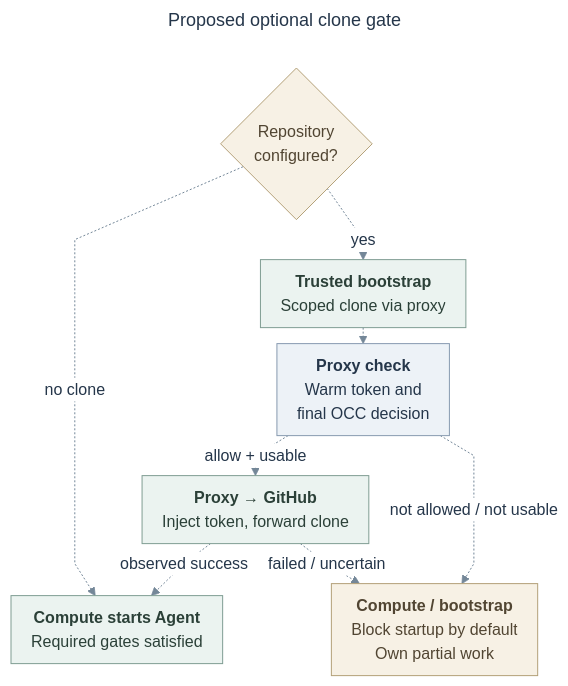
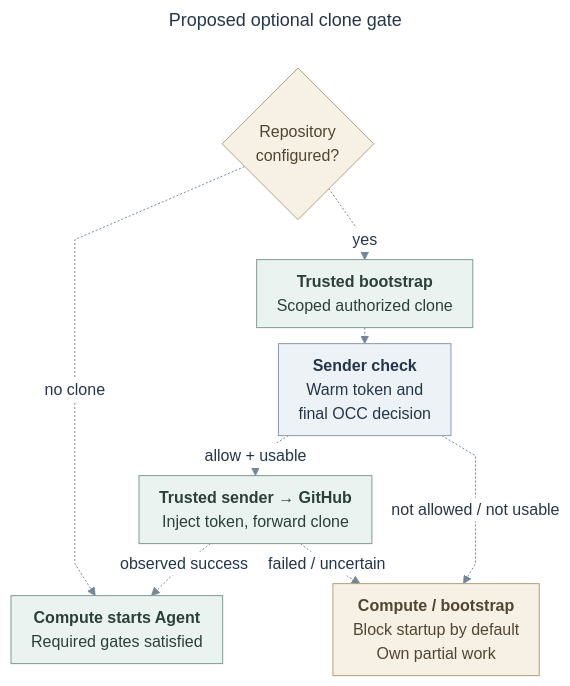
The diagram in specs/rfcs/0019-egress-proxy-credential-lifecycle/assets/clone-startup.mmd (freeqaz-openai/openclaw-enterprise), drawn with Mermaid before and after one commit. The commit also changed 10 other files, not shown here.

```diff
--- a/specs/rfcs/0019-egress-proxy-credential-lifecycle/assets/clone-startup.mmd
+++ b/specs/rfcs/0019-egress-proxy-credential-lifecycle/assets/clone-startup.mmd
@@ -1,43 +1,43 @@
 ---
 title: "Proposed optional clone gate"
 config:
   theme: base
   htmlLabels: true
   themeVariables:
     fontFamily: "Arial, sans-serif"
     fontSize: "16px"
     primaryTextColor: "#25364A"
     lineColor: "#748798"
     edgeLabelBackground: "#FFFFFF"
   flowchart:
     useMaxWidth: false
     curve: linear
     nodeSpacing: 16
     rankSpacing: 16
     padding: 10
     diagramPadding: 10
     subGraphTitleMargin:
       top: 8
       bottom: 10
 ---
 flowchart TB
   Repo{"Repository<br/>configured?"}
-  Bootstrap["<b>Trusted bootstrap</b><br/>Scoped clone via proxy"]
-  Gate["<b>Proxy check</b><br/>Warm token and<br/>final OCC decision"]
-  Clone["<b>Proxy → GitHub</b><br/>Inject token, forward clone"]
+  Bootstrap["<b>Trusted bootstrap</b><br/>Scoped authorized clone"]
+  Gate["<b>Sender check</b><br/>Warm token and<br/>final OCC decision"]
+  Clone["<b>Trusted sender → GitHub</b><br/>Inject token, forward clone"]
   Start["<b>Compute starts Agent</b><br/>Required gates satisfied"]
   Block["<b>Compute / bootstrap</b><br/>Block startup by default<br/>Own partial work"]
   Repo -.->|no clone| Start
   Repo -.->|yes| Bootstrap
   Bootstrap -.-> Gate
   Gate -.->|allow + usable| Clone
   Gate -.->|not allowed / not usable| Block
   Clone -.->|observed success| Start
   Clone -.->|failed / uncertain| Block
   class Bootstrap,Clone,Start action
   class Gate api
   class Repo,Block gate
   classDef api fill:#EDF2F7,stroke:#879AB0,color:#25364A,stroke-width:1px
   classDef action fill:#EBF3F0,stroke:#7F9D93,color:#2B4038,stroke-width:1px
   classDef gate fill:#F7F1E5,stroke:#B3A078,color:#514532,stroke-width:1px
   linkStyle default stroke:#748798,stroke-width:1px
```
